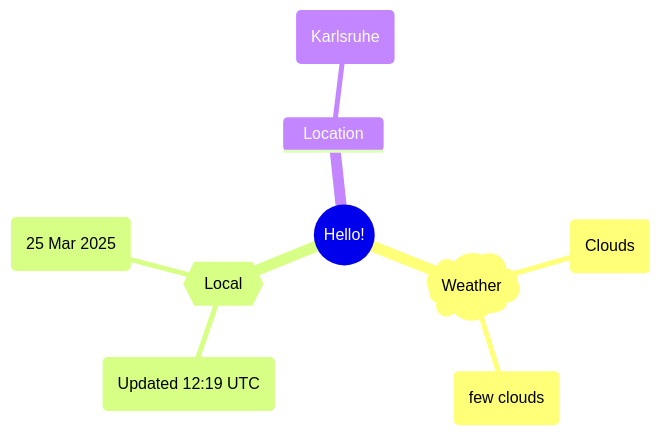
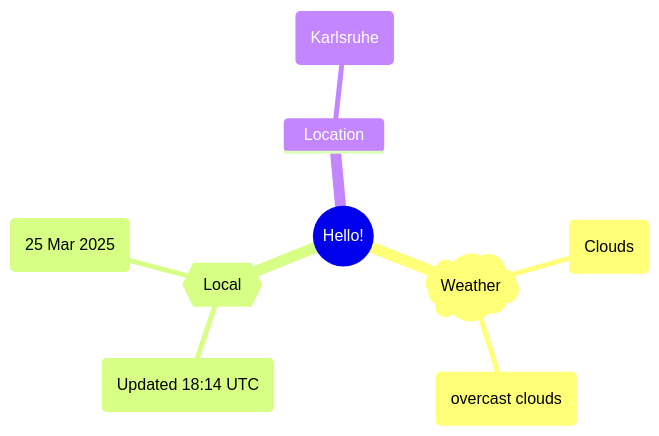
One commit to Xosrov/Xosrov changed the first of 2 diagrams in README.md. Above: the diagram before and after it, drawn with Mermaid.

Commit message:
[bot] updated images

````diff
--- a/README.md
+++ b/README.md
@@ -3,12 +3,12 @@
 ```mermaid
 mindmap
   root((Hello!))
     )Weather(
         (Clouds)
-        (few clouds)
+        (overcast clouds)
     {{Local}}
-        (Updated 12:19 UTC)
+        (Updated 18:14 UTC)
         (25 Mar 2025)
     Location
         (Karlsruhe)
 ```
````
